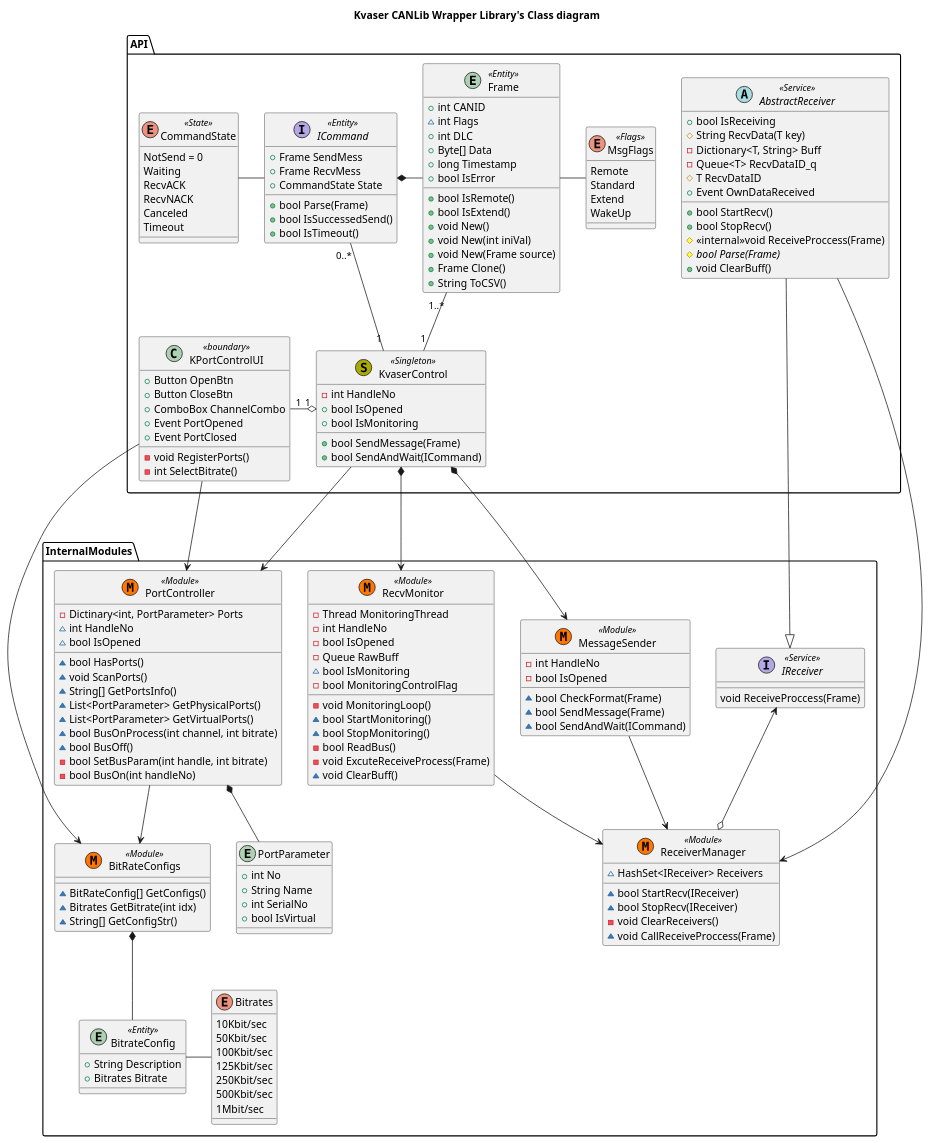
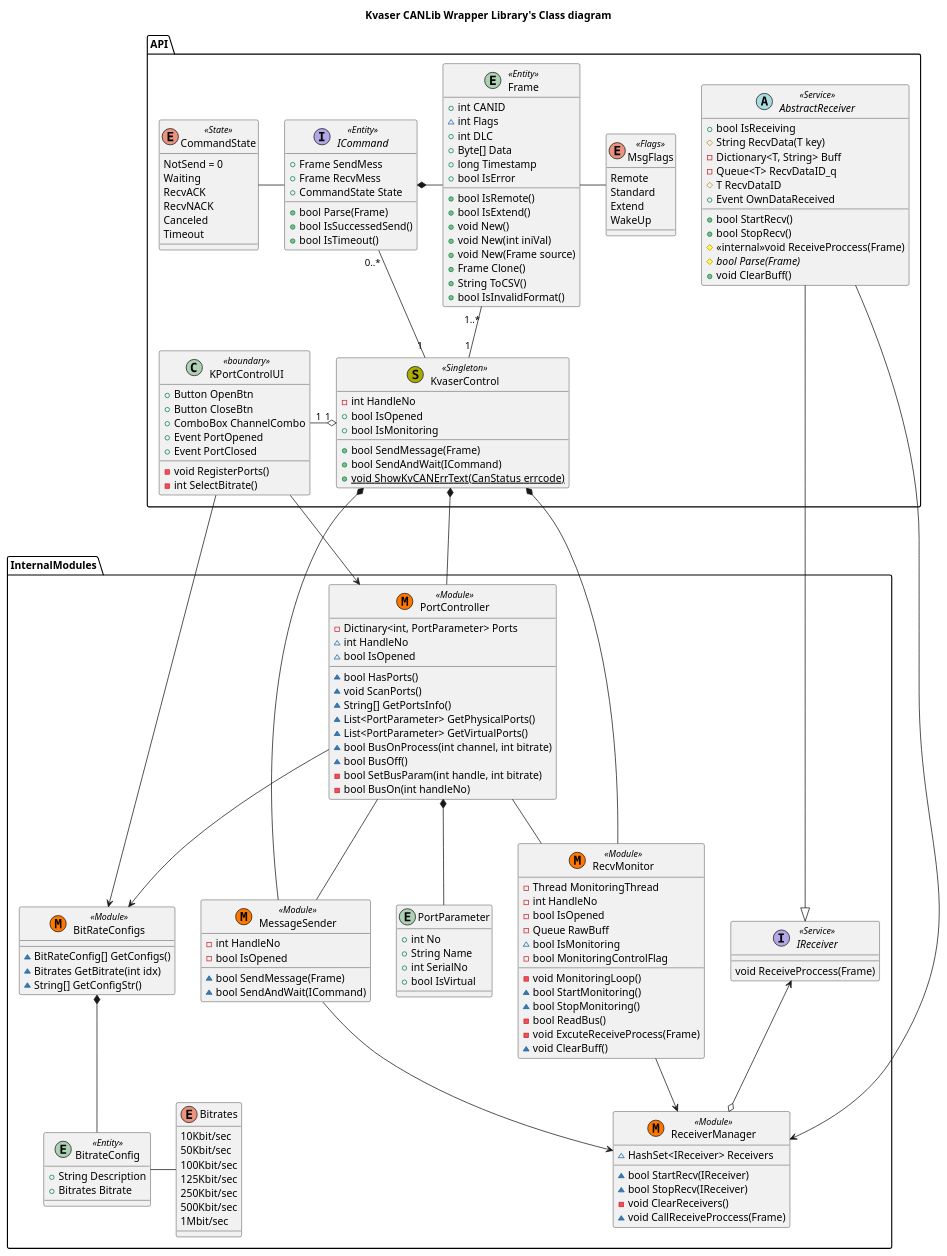
The diagram in docs/Class.wsd (hiratashinnya/KvaserCANLib), drawn with PlantUML before and after one commit. The commit also changed 7 other files, not shown here.

```diff
--- a/docs/Class.wsd
+++ b/docs/Class.wsd
@@ -1,195 +1,198 @@
 @startuml
 
 title "Kvaser CANLib Wrapper Library's Class diagram"
 
 package API{
 
     class KPortControlUI<<boundary>>{
         +Button OpenBtn
         +Button CloseBtn
         +ComboBox ChannelCombo
         -void RegisterPorts()
         -int SelectBitrate()
         +Event PortOpened
         +Event PortClosed
     }
 
     class KvaserControl<< (S, #AAAA00) Singleton>>{
         -int HandleNo
         +bool IsOpened
         +bool IsMonitoring
         
         +bool SendMessage(Frame)
         +bool SendAndWait(ICommand)
+        +{static}void ShowKvCANErrText(CanStatus errcode)
     }
 
     entity Frame<<Entity>>{
         +int CANID
         ~int Flags
         +int DLC
         +Byte[] Data
         +long Timestamp
         +bool IsError
         +bool IsRemote()
         +bool IsExtend()
         +void New()
         +void New(int iniVal)
         +void New(Frame source)
         +Frame Clone()
         +String ToCSV()
+        +bool IsInvalidFormat()
     }
 
     enum MsgFlags<<Flags>>{
         Remote
         Standard
         Extend
         WakeUp
     }
 
     abstract AbstractReceiver<<Service>>{
         +bool IsReceiving
         #{field}String RecvData(T key)
         -Dictionary<T, String> Buff
         -Queue<T> RecvDataID_q
         #T RecvDataID
         +Event OwnDataReceived
         +bool StartRecv()
         +bool StopRecv()
         #<<internal>>void ReceiveProccess(Frame)
         #{abstract}bool Parse(Frame)
         +void ClearBuff()
     }
 
 
     Interface ICommand<<Entity>>{
         +Frame SendMess
         +Frame RecvMess
         +CommandState State
         +bool Parse(Frame)
         +bool IsSuccessedSend()
         +bool IsTimeout()
     }
 
     Enum CommandState<<State>>{
         NotSend = 0
         Waiting
         RecvACK
         RecvNACK
         Canceled
         Timeout
     }
 
     KPortControlUI "1" -l-o "1" KvaserControl
 
     KvaserControl "1" -u- "0..*" ICommand
     KvaserControl "1" -l "1..*" Frame
 
     CommandState - ICommand
     Frame -* ICommand 
     Frame - MsgFlags 
 }
 
 package InternalModules{
     class BitRateConfigs<< (M, #FF7700) Module>>{
         ~BitRateConfig[] GetConfigs()
         ~Bitrates GetBitrate(int idx)
         ~String[] GetConfigStr()
     }
 
     entity BitrateConfig<<Entity>>{
         +String Description
         +Bitrates Bitrate
     }
 
     enum Bitrates{
         10Kbit/sec
         50Kbit/sec
         100Kbit/sec
         125Kbit/sec
         250Kbit/sec
         500Kbit/sec
         1Mbit/sec
     }
 
     class PortController<< (M, #FF7700) Module>>{
         -{field} Dictinary<int, PortParameter> Ports
         ~int HandleNo
         ~bool IsOpened
         ~bool HasPorts()
         ~void ScanPorts()
         ~String[] GetPortsInfo()
         ~List<PortParameter> GetPhysicalPorts()
         ~List<PortParameter> GetVirtualPorts()
         ~bool BusOnProcess(int channel, int bitrate)
         ~bool BusOff()
         -bool SetBusParam(int handle, int bitrate)
         -bool BusOn(int handleNo)
     }
 
     entity PortParameter{
         +int No
         +String Name
         +int SerialNo
         +bool IsVirtual
     }
 
     class RecvMonitor<< (M, #FF7700) Module>>{
         -Thread MonitoringThread
         -int HandleNo
         -bool IsOpened
         -Queue RawBuff
         ~bool IsMonitoring
         -bool MonitoringControlFlag
         -void MonitoringLoop()
         ~bool StartMonitoring()
         ~bool StopMonitoring()
         -bool ReadBus()
         -void ExcuteReceiveProcess(Frame)
         ~void ClearBuff()
     }
 
     class ReceiverManager<< (M, #FF7700) Module>>{
         ~HashSet<IReceiver> Receivers
         ~bool StartRecv(IReceiver)
         ~bool StopRecv(IReceiver)
         -void ClearReceivers()
         ~void CallReceiveProccess(Frame)
     }
 
         Interface IReceiver<<Service>>{
         void ReceiveProccess(Frame)
     }
 
     class MessageSender<< (M, #FF7700) Module>>{
         -int HandleNo
         -bool IsOpened
-        ~bool CheckFormat(Frame)
         ~bool SendMessage(Frame)
         ~bool SendAndWait(ICommand)
     }
 
+    PortController -- RecvMonitor
+    PortController -- MessageSender
     RecvMonitor --> ReceiverManager
     MessageSender --> ReceiverManager
     
     PortController *-- PortParameter
     PortController --> BitRateConfigs
 
     BitRateConfigs *-- BitrateConfig
     BitrateConfig - Bitrates
 
 }
 
 
 KPortControlUI ---> PortController
 KPortControlUI ----> BitRateConfigs
 
-KvaserControl ---> PortController
-KvaserControl *---> RecvMonitor
-KvaserControl *---> MessageSender
+KvaserControl *--- PortController
+KvaserControl *--- RecvMonitor
+KvaserControl *--- MessageSender
 
 AbstractReceiver --|> IReceiver
 IReceiver <--o ReceiverManager
 
 AbstractReceiver ---> ReceiverManager
 
 @enduml
```
